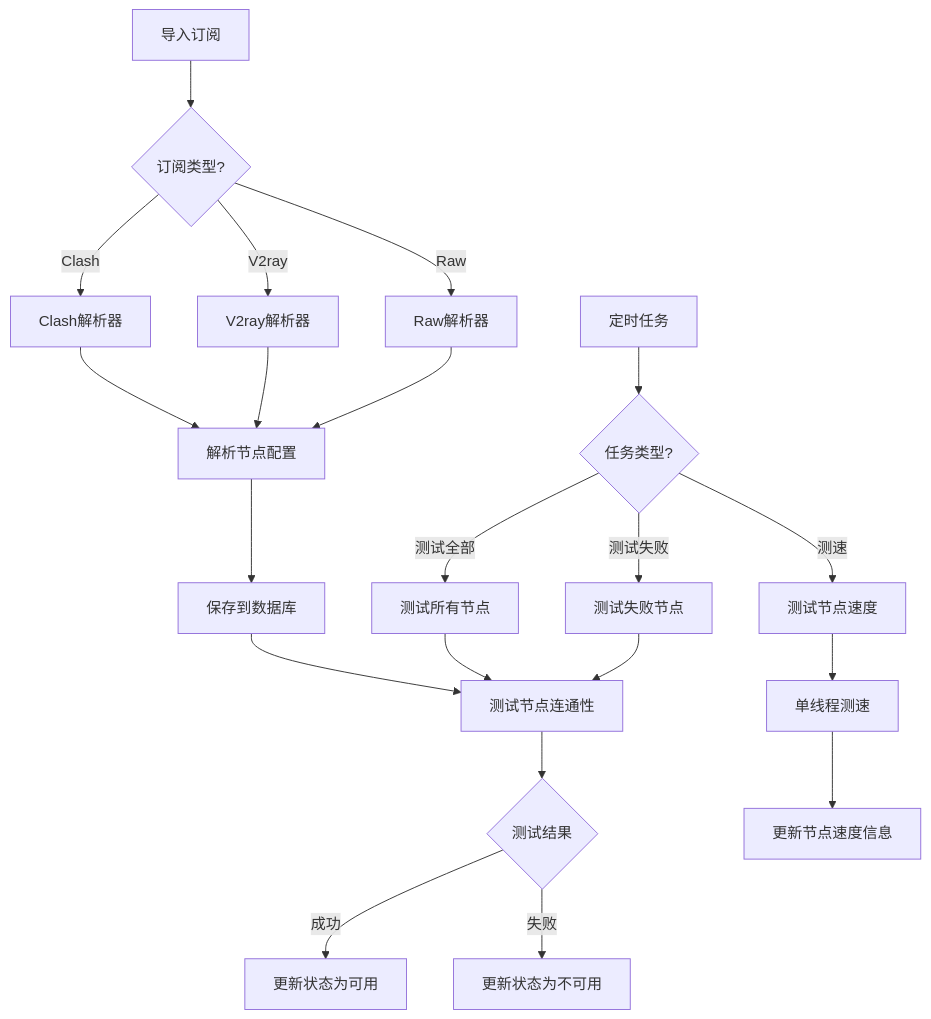
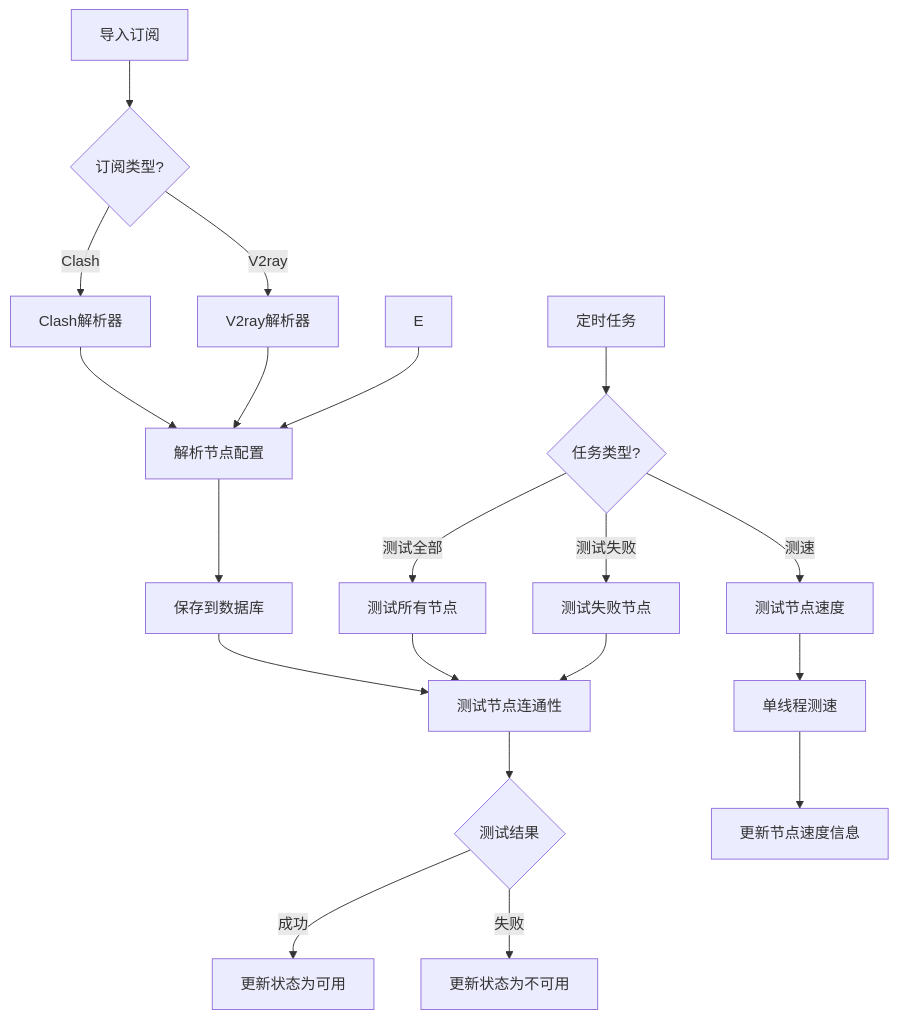
Before and after one commit to WhyFear/passwall: the second of 3 diagrams in README.MD, drawn with Mermaid. The commit also changed other lines of this file, not shown here.

````diff
--- a/README.MD
+++ b/README.MD
@@ -83,27 +172,26 @@
 ```mermaid
 graph TD
     A[导入订阅] --> B{订阅类型?}
     B -->|Clash| C[Clash解析器]
     B -->|V2ray| D[V2ray解析器]
-    B -->|Raw| E[Raw解析器]
     
     C --> F[解析节点配置]
     D --> F
     E --> F
     
     F --> G[保存到数据库]
     G --> H[测试节点连通性]
     H --> I{测试结果}
     I -->|成功| J[更新状态为可用]
     I -->|失败| K[更新状态为不可用]
     
     L[定时任务] --> M{任务类型?}
     M -->|测试全部| N[测试所有节点]
     M -->|测试失败| O[测试失败节点]
     M -->|测速| P[测试节点速度]
     
     N --> H
     O --> H
     P --> Q[单线程测速]
     Q --> R[更新节点速度信息]
 ```
````
